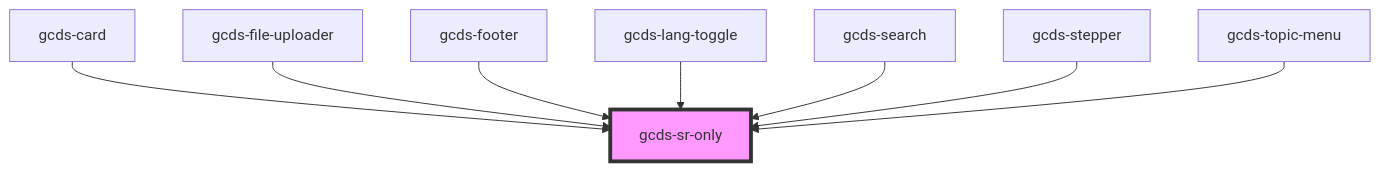
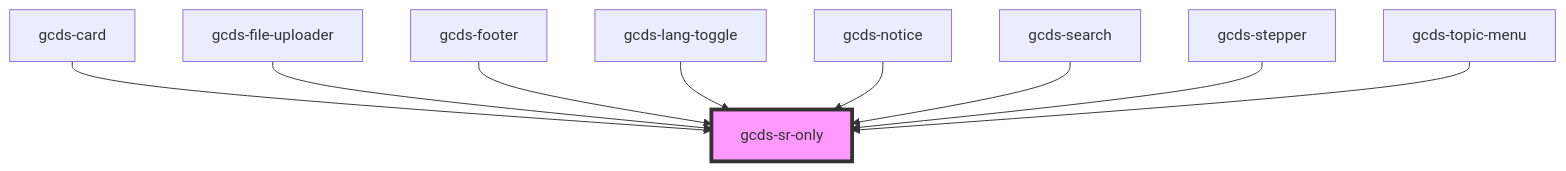
Before and after one commit to cds-snc/gcds-components: the diagram in packages/web/src/components/gcds-sr-only/readme.md, drawn with Mermaid. The commit also changed other lines of this file and 15 other files, not shown here.

Commit message:
First commit: new gcds-notice component

````diff
--- a/packages/web/src/components/gcds-sr-only/readme.md
+++ b/packages/web/src/components/gcds-sr-only/readme.md
@@ -28,11 +29,12 @@
 ```mermaid
 graph TD;
   gcds-card --> gcds-sr-only
   gcds-file-uploader --> gcds-sr-only
   gcds-footer --> gcds-sr-only
   gcds-lang-toggle --> gcds-sr-only
+  gcds-notice --> gcds-sr-only
   gcds-search --> gcds-sr-only
   gcds-stepper --> gcds-sr-only
   gcds-topic-menu --> gcds-sr-only
   style gcds-sr-only fill:#f9f,stroke:#333,stroke-width:4px
 ```
````
